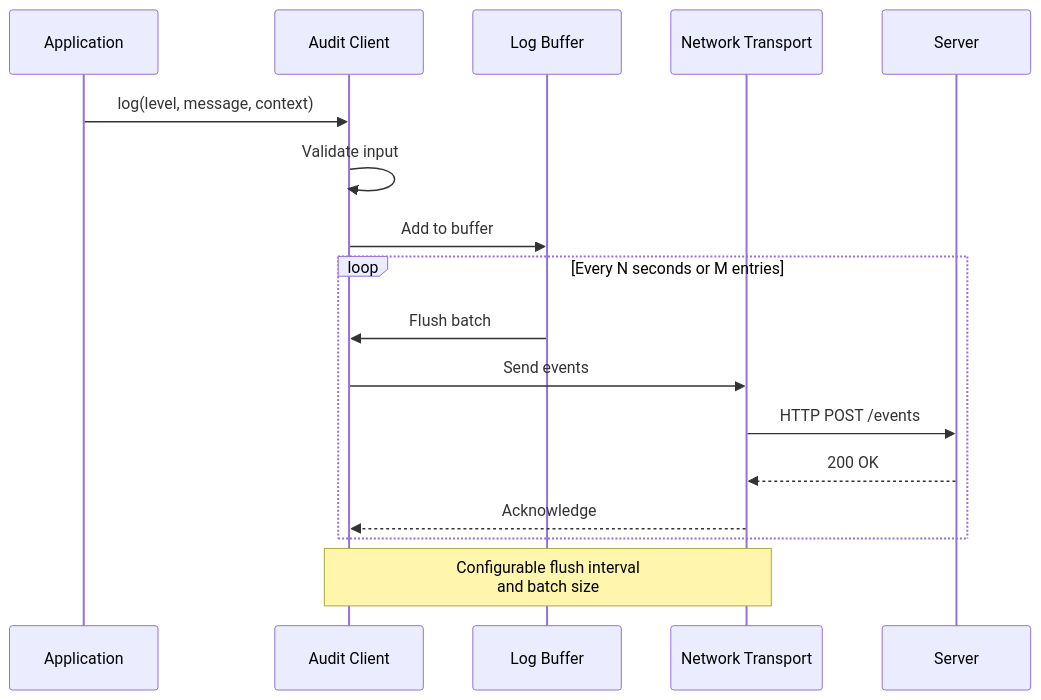
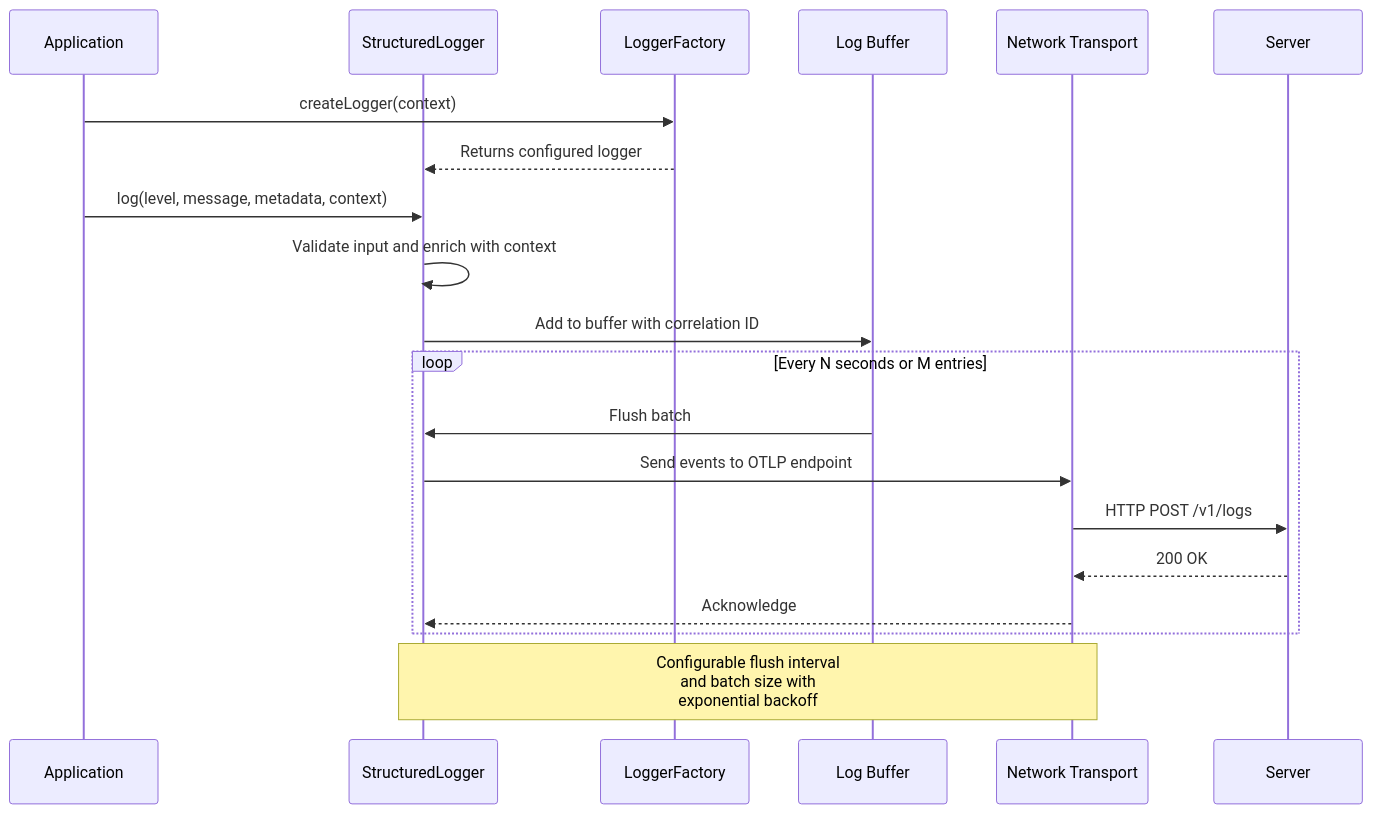
Before and after one commit to smedrec/smart-logs: the sixth of 9 diagrams in .qoder/repowiki/en/content/OpenObserve Logging and Observability.md, drawn with Mermaid. The commit also changed other lines of this file and 13 other files, not shown here.

First line of the commit message:
feat(logging): replace ConsoleLogger with StructuredLogger system

````diff
--- a/.qoder/repowiki/en/content/OpenObserve Logging and Observability.md
+++ b/.qoder/repowiki/en/content/OpenObserve Logging and Observability.md
@@ -200,18 +213,21 @@
 ```mermaid
 sequenceDiagram
 participant App as Application
-participant Client as Audit Client
+participant Logger as StructuredLogger
+participant Factory as LoggerFactory
 participant Buffer as Log Buffer
 participant Transport as Network Transport
-App->>Client : log(level, message, context)
-Client->>Client : Validate input
-Client->>Buffer : Add to buffer
+App->>Factory : createLogger(context)
+Factory-->>Logger : Returns configured logger
+App->>Logger : log(level, message, metadata, context)
+Logger->>Logger : Validate input and enrich with context
+Logger->>Buffer : Add to buffer with correlation ID
 loop Every N seconds or M entries
-Buffer->>Client : Flush batch
-Client->>Transport : Send events
-Transport->>Server : HTTP POST /events
+Buffer->>Logger : Flush batch
+Logger->>Transport : Send events to OTLP endpoint
+Transport->>Server : HTTP POST /v1/logs
 Server-->>Transport : 200 OK
-Transport-->>Client : Acknowledge
+Transport-->>Logger : Acknowledge
 end
-Note over Client,Transport : Configurable flush interval<br/>and batch size
+Note over Logger,Transport : Configurable flush interval<br/>and batch size with<br/>exponential backoff
 ```
````
